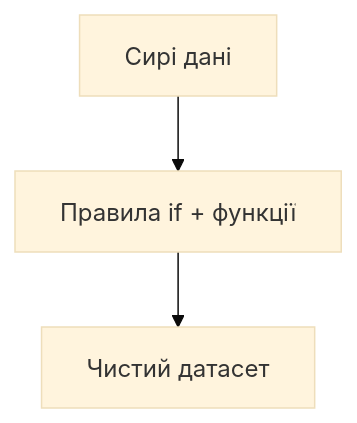
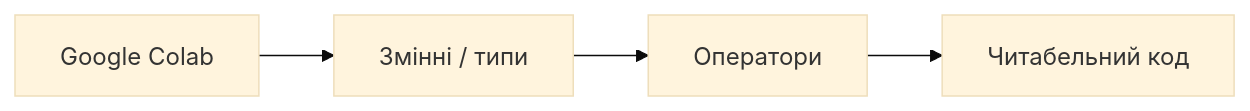
One commit to ValieriiaNovosad/genius-test changed the diagram in konspekty/modul-07/01-python-osnovy.md. Above: the diagram before and after it, drawn with Mermaid (base theme). The commit also changed other lines of this file and 9 other files, not shown here.

````diff
--- a/konspekty/modul-07/01-python-osnovy.md
+++ b/konspekty/modul-07/01-python-osnovy.md
@@ -28,5 +24,6 @@
 ```mermaid
-flowchart TB
-  In[Сирі дані] --> Clean[Правила if + функції]
-  Clean --> Out[Чистий датасет]
+flowchart LR
+  Colab[Google Colab] --> Vars[Змінні / типи]
+  Vars --> Ops[Оператори]
+  Ops --> Style[Читабельний код]
 ```
````
